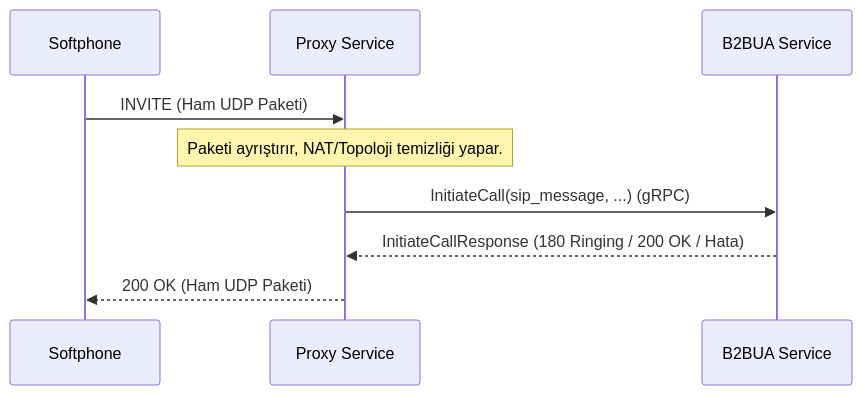
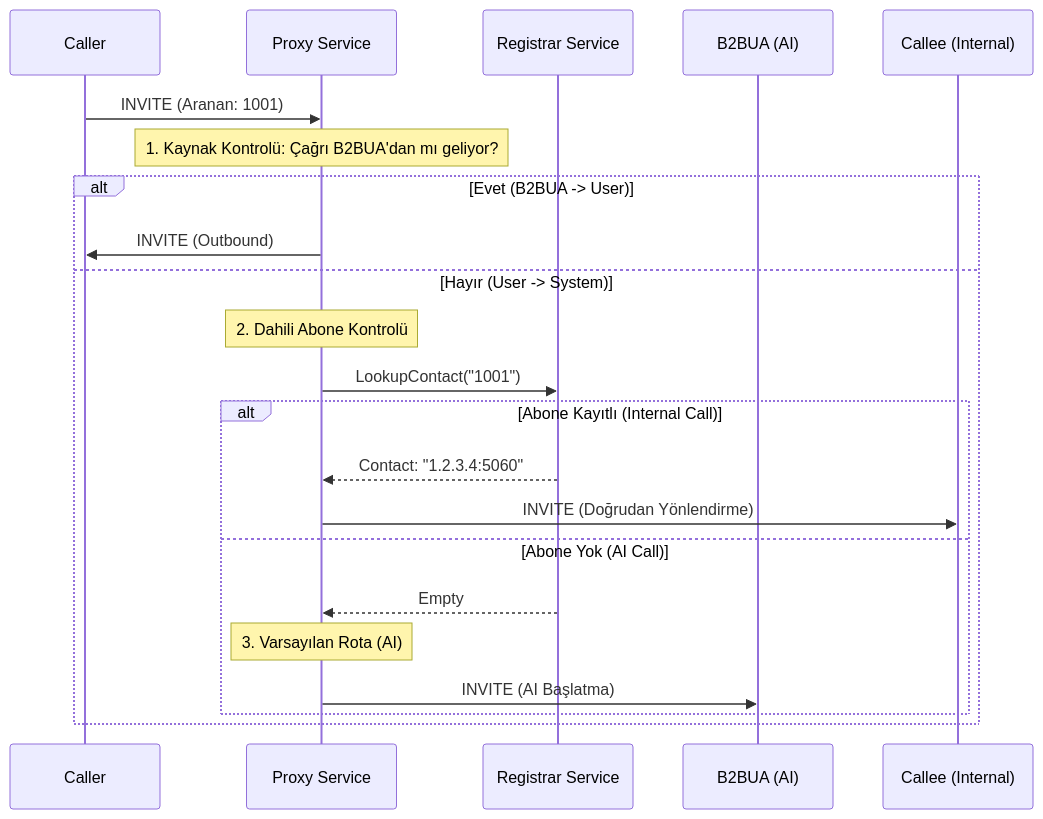
Before and after one commit to sentiric/sentiric-proxy-service: the second of 2 diagrams in LOGIC.md, drawn with Mermaid. The commit also changed other lines of this file and 1 other file, not shown here.

Commit message:
docs(arch): align documentation with internal routing logic
- Updated proxy-service LOGIC.md to include Registrar Lookup flow
- Updated proxy-service README.md to define 'Smart Routing' responsibility
- Updated registrar-service README.md to reflect Proxy interaction
- Ensured Single Source of Truth compliance for Project Titan

````diff
--- a/LOGIC.md
+++ b/LOGIC.md
@@ -24,12 +26,28 @@
 ```mermaid
 sequenceDiagram
-    participant Softphone
+    participant User as Caller
     participant Proxy as Proxy Service
-    participant B2BUA as B2BUA Service
+    participant Registrar as Registrar Service
+    participant B2BUA as B2BUA (AI)
+    participant Callee as Callee (Internal)
 
-    Softphone->>Proxy: INVITE (Ham UDP Paketi)
-    Note over Proxy: Paketi ayrıştırır, NAT/Topoloji temizliği yapar.
-    Proxy->>B2BUA: InitiateCall(sip_message, ...) (gRPC)
-    B2BUA-->>Proxy: InitiateCallResponse (180 Ringing / 200 OK / Hata)
-    Proxy-->>Softphone: 200 OK (Ham UDP Paketi)
+    User->>Proxy: INVITE (Aranan: 1001)
+    
+    Note over Proxy: 1. Kaynak Kontrolü: Çağrı B2BUA'dan mı geliyor?
+    
+    alt Evet (B2BUA -> User)
+        Proxy->>User: INVITE (Outbound)
+    else Hayır (User -> System)
+        Note over Proxy: 2. Dahili Abone Kontrolü
+        Proxy->>Registrar: LookupContact("1001")
+        
+        alt Abone Kayıtlı (Internal Call)
+            Registrar-->>Proxy: Contact: "1.2.3.4:5060"
+            Proxy->>Callee: INVITE (Doğrudan Yönlendirme)
+        else Abone Yok (AI Call)
+            Registrar-->>Proxy: Empty
+            Note over Proxy: 3. Varsayılan Rota (AI)
+            Proxy->>B2BUA: INVITE (AI Başlatma)
+        end
+    end
 ```
````
